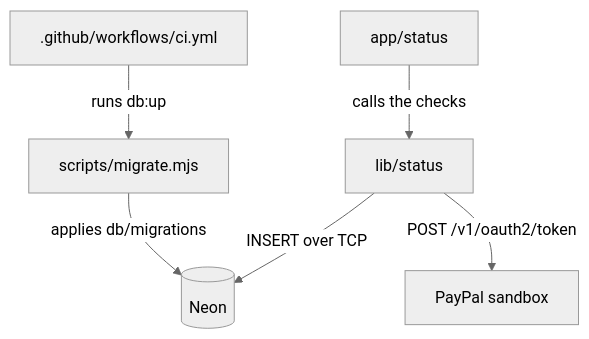
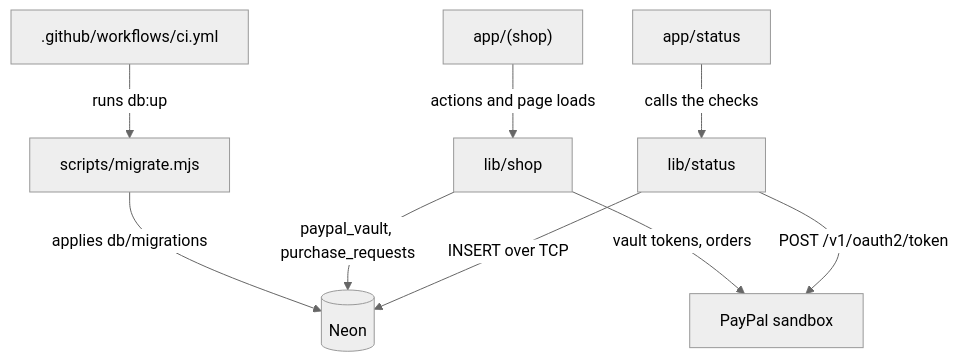
Before and after one commit to dzaffren/kincart: the second of 2 diagrams in docs/ARCHITECTURE.md, drawn with Mermaid (neutral theme). The commit also changed other lines of this file and 65 other files, not shown here.

````diff
--- a/docs/ARCHITECTURE.md
+++ b/docs/ARCHITECTURE.md
@@ -19,8 +21,11 @@
 ```mermaid
 flowchart TB
     PAGE["app/status"] -- "calls the checks" --> LIB["lib/status"]
     LIB -- "INSERT over TCP" --> NEON[(Neon)]
     LIB -- "POST /v1/oauth2/token" --> PP[PayPal sandbox]
+    SHOP["app/(shop)"] -- "actions and page loads" --> SLIB["lib/shop"]
+    SLIB -- "paypal_vault, purchase_requests" --> NEON
+    SLIB -- "vault tokens, orders" --> PP
     CI[".github/workflows/ci.yml"] -- "runs db:up" --> MIG["scripts/migrate.mjs"]
     MIG -- "applies db/migrations" --> NEON
 ```
````
